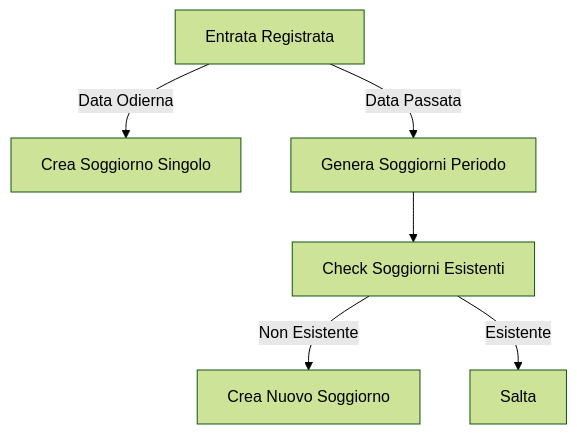
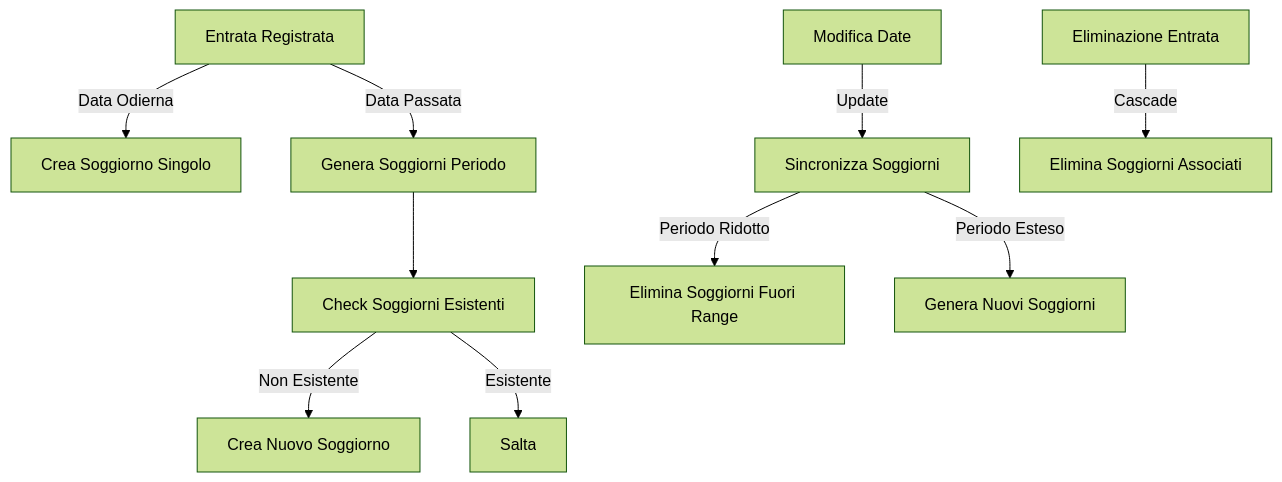
One commit to keebOo/fokos changed the third of 5 diagrams in web/modules/custom/fokos/README.md. Above: the diagram before and after it, drawn with Mermaid (forest theme). The commit also changed other lines of this file and 1 other file, not shown here.

````diff
--- a/web/modules/custom/fokos/README.md
+++ b/web/modules/custom/fokos/README.md
@@ -88,8 +96,12 @@
 ```mermaid
 graph TD
     A[Entrata Registrata] -->|Data Odierna| B[Crea Soggiorno Singolo]
     A -->|Data Passata| C[Genera Soggiorni Periodo]
     C --> D[Check Soggiorni Esistenti]
     D -->|Non Esistente| E[Crea Nuovo Soggiorno]
     D -->|Esistente| F[Salta]
+    G[Modifica Date] -->|Update| H[Sincronizza Soggiorni]
+    H -->|Periodo Ridotto| I[Elimina Soggiorni Fuori Range]
+    H -->|Periodo Esteso| J[Genera Nuovi Soggiorni]
+    K[Eliminazione Entrata] -->|Cascade| L[Elimina Soggiorni Associati]
 ```
````
